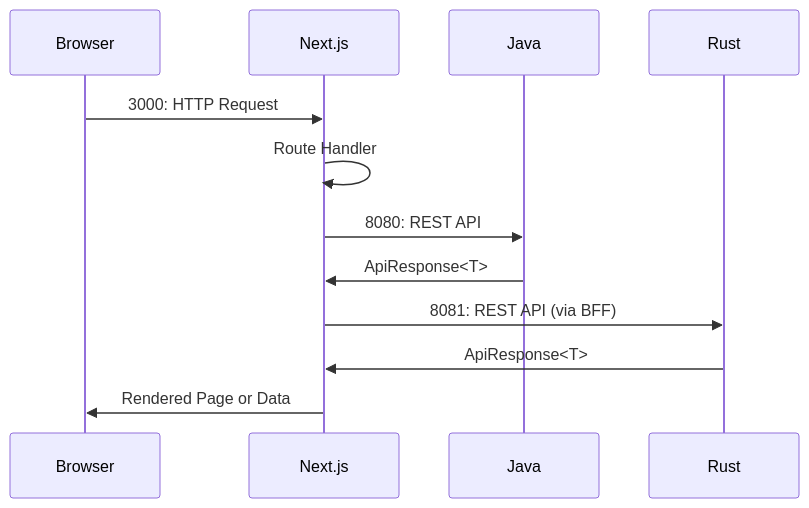
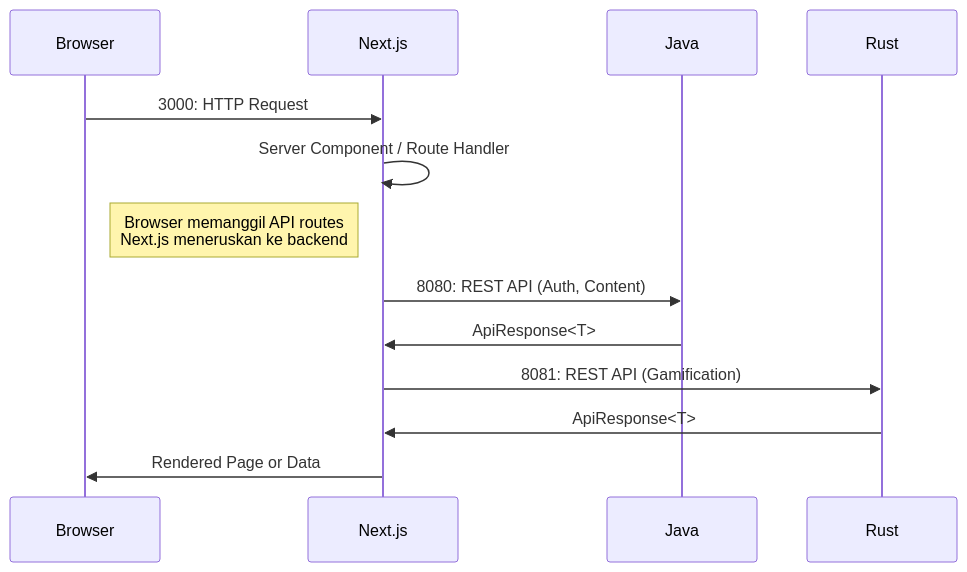
The diagram in content/docs/frontend/index.mdx (advprog-2026-A14-project/yomu-docs), drawn with Mermaid before and after one commit. The commit also changed other lines of this file and 14 other files, not shown here.

````diff
--- a/content/docs/frontend/index.mdx
+++ b/content/docs/frontend/index.mdx
@@ -14,10 +14,11 @@
 ```mermaid
 sequenceDiagram
     Browser->>Next.js:3000: HTTP Request
-    Next.js->>Next.js: Route Handler
-    Next.js->>Java:8080: REST API
+    Next.js->>Next.js: Server Component / Route Handler
+    Note right of Browser: Browser memanggil API routes<br/>Next.js meneruskan ke backend
+    Next.js->>Java:8080: REST API (Auth, Content)
     Java->>Next.js: ApiResponse<T>
-    Next.js->>Rust:8081: REST API (via BFF)
+    Next.js->>Rust:8081: REST API (Gamification)
     Rust->>Next.js: ApiResponse<T>
     Next.js->>Browser: Rendered Page or Data
 ```
````
